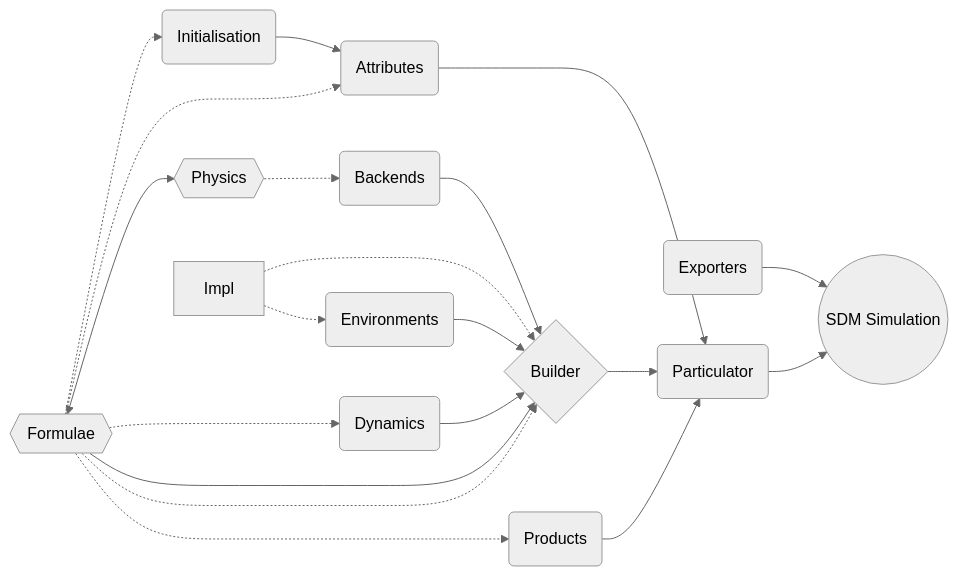
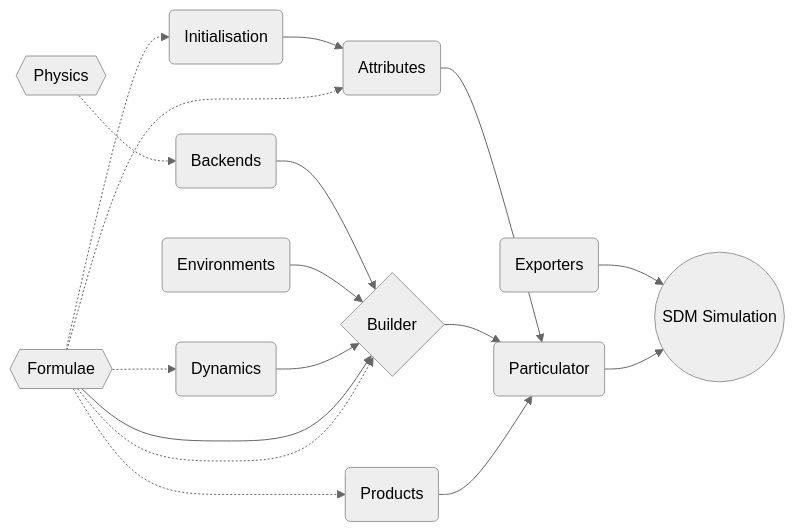
The first of 2 diagrams in README.md (open-atmos/PySDM), drawn with Mermaid (neutral theme) before and after one commit. The commit also changed other lines of this file, not shown here.

Commit message:
Small updates to mermaid

````diff
--- a/README.md
+++ b/README.md
@@ -89,37 +89,33 @@
 ```mermaid
   graph LR
       I(Initialisation) --> A
       A(Attributes) --> P(Particulator)
       B{Builder} --> P
       B2(Backends) --> B
-      I2[Impl] -.-> B
-      I2 -.-> E
       E(Environments) --> B
       D(Dynamics) --> B
       P3(Products) --> P
       E2(Exporters) --> SDM
       P --> SDM
       SDM((SDM Simulation))
 
       F --> B
       F{{Formulae}} -.-> P3
       F{{Formulae}} -.-> D
       F{{Formulae}} -.-> A 
       F{{Formulae}} -.-> I
       F -.-> B
       P2{{Physics}} -.-> B2
-      F <--> P2
 
       click I "https://open-atmos.github.io/PySDM/PySDM/initialisation/index.html"
       click A "https://open-atmos.github.io/PySDM/PySDM/attributes/index.html"
       click P "https://open-atmos.github.io/PySDM/PySDM/particulator.html"
       click B "https://open-atmos.github.io/PySDM/PySDM/builder.html"
       click B2 "https://open-atmos.github.io/PySDM/PySDM/builder.html"
-      click I2 "https://open-atmos.github.io/PySDM/PySDM/impl/index.html"
       click E "https://open-atmos.github.io/PySDM/PySDM/environments/index.html"
       click D "https://open-atmos.github.io/PySDM/PySDM/dynamics/index.html"
       click P3 "https://open-atmos.github.io/PySDM/PySDM/products/index.html"
       click E2 "https://open-atmos.github.io/PySDM/PySDM/exporters/index.html"
       click F "https://open-atmos.github.io/PySDM/PySDM/formulae.html"
       click P2 "https://open-atmos.github.io/PySDM/PySDM/physics/index.html"
 ```
````
